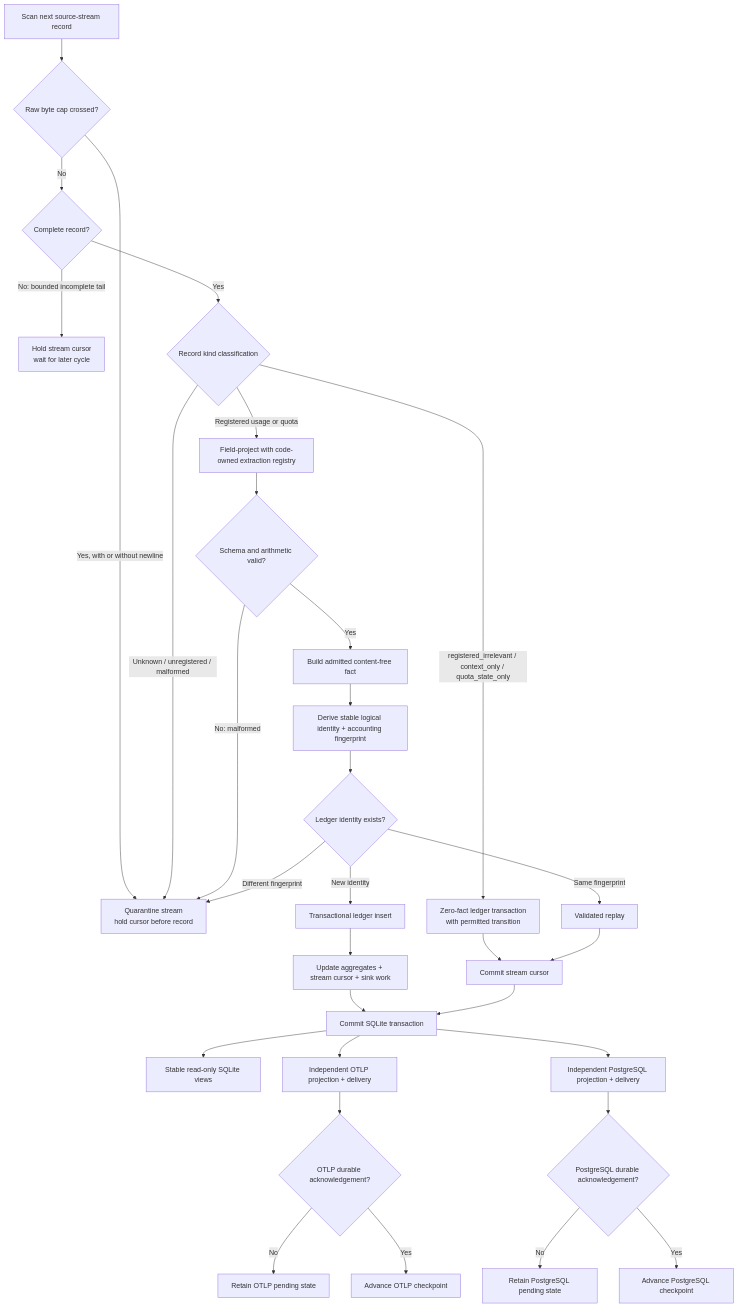
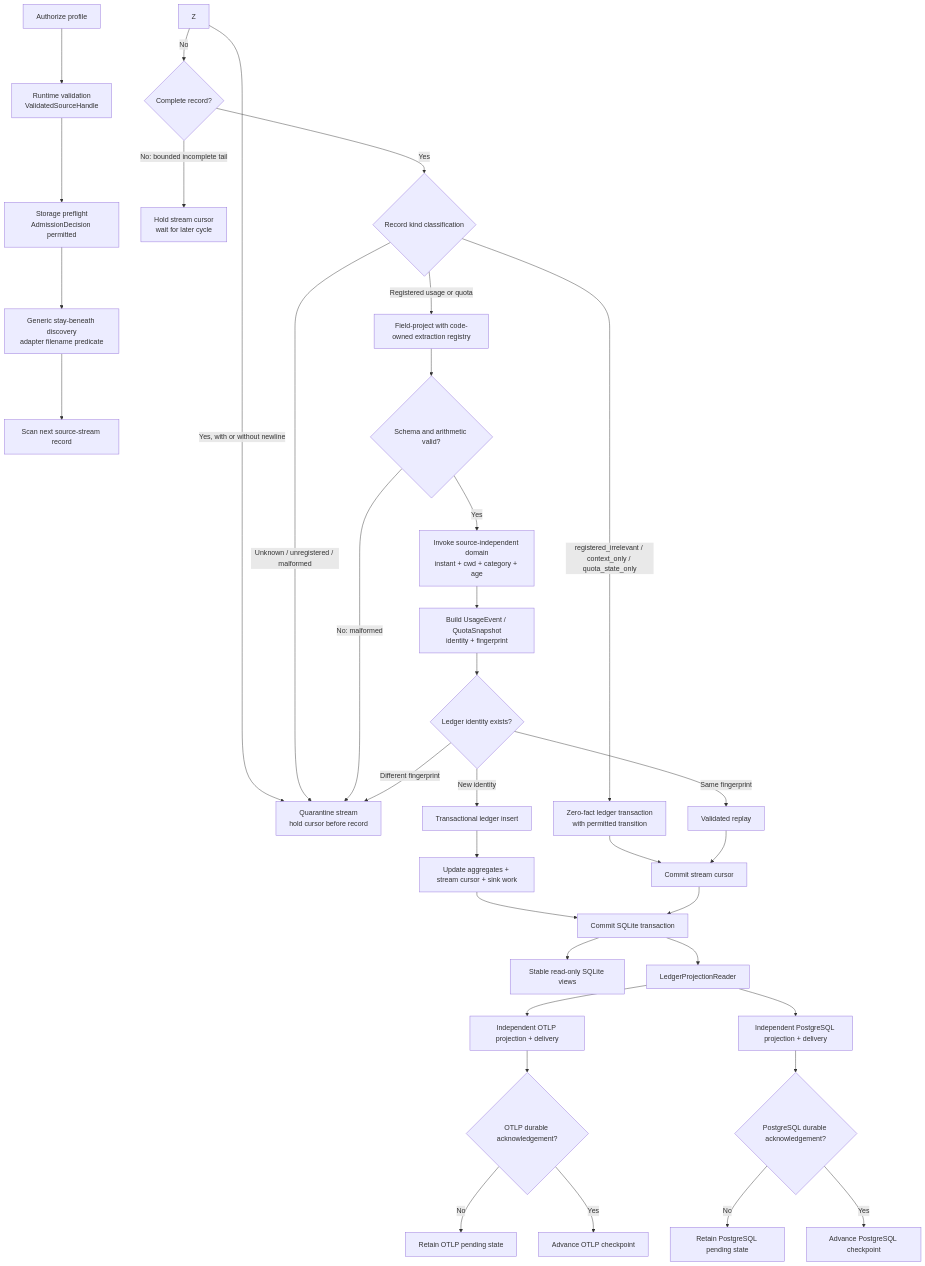
The diagram in projects/ai-usage-telemetry/about/lay-and-land/data-flow.md (Tzeusy/ai-bootstrap), drawn with Mermaid before and after one commit. The commit also changed other lines of this file and 17 other files, not shown here.

````diff
--- a/projects/ai-usage-telemetry/about/lay-and-land/data-flow.md
+++ b/projects/ai-usage-telemetry/about/lay-and-land/data-flow.md
@@ -9,33 +9,37 @@
 ```mermaid
 flowchart TD
-    A[Scan next source-stream record] --> Z{Raw byte cap crossed?}
+    AA[Authorize profile] --> AB[Runtime validation<br/>ValidatedSourceHandle]
+    AB --> AC[Storage preflight<br/>AdmissionDecision permitted]
+    AC --> AD[Generic stay-beneath discovery<br/>adapter filename predicate]
+    AD --> A[Scan next source-stream record]
     Z -->|Yes, with or without newline| F[Quarantine stream\nhold cursor before record]
     Z -->|No| B{Complete record?}
     B -->|No: bounded incomplete tail| C[Hold stream cursor\nwait for later cycle]
     B -->|Yes| D{Record kind classification}
     D -->|registered_irrelevant / context_only / quota_state_only| E[Zero-fact ledger transaction\nwith permitted transition]
     D -->|Unknown / unregistered / malformed| F[Quarantine stream\nhold cursor before record]
     D -->|Registered usage or quota| G[Field-project with code-owned extraction registry]
     G --> H{Schema and arithmetic valid?}
     H -->|No: malformed| F
-    H -->|Yes| I[Build admitted content-free fact]
-    I --> J[Derive stable logical identity + accounting fingerprint]
+    H -->|Yes| I[Invoke source-independent domain<br/>instant + cwd + category + age]
+    I --> J[Build UsageEvent / QuotaSnapshot<br/>identity + fingerprint]
     J --> K{Ledger identity exists?}
     K -->|Same fingerprint| L[Validated replay]
     K -->|New identity| M[Transactional ledger insert]
     K -->|Different fingerprint| F
     E --> N[Commit stream cursor]
     L --> N
     M --> O[Update aggregates + stream cursor + sink work]
     O --> P[Commit SQLite transaction]
     N --> P
     P --> Q[Stable read-only SQLite views]
-    P --> R[Independent OTLP projection + delivery]
-    P --> S[Independent PostgreSQL projection + delivery]
+    P --> PR[LedgerProjectionReader]
+    PR --> R[Independent OTLP projection + delivery]
+    PR --> S[Independent PostgreSQL projection + delivery]
     R --> T{OTLP durable acknowledgement?}
     S --> U{PostgreSQL durable acknowledgement?}
     T -->|No| V[Retain OTLP pending state]
     U -->|No| W[Retain PostgreSQL pending state]
     T -->|Yes| X[Advance OTLP checkpoint]
     U -->|Yes| Y[Advance PostgreSQL checkpoint]
 ```
````
